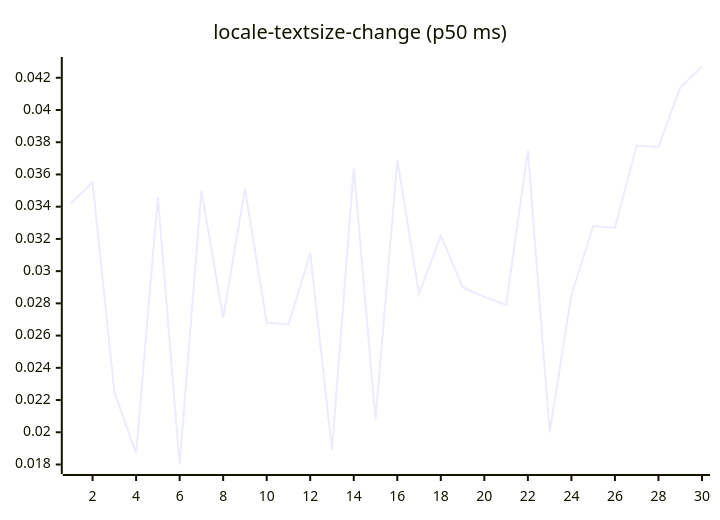
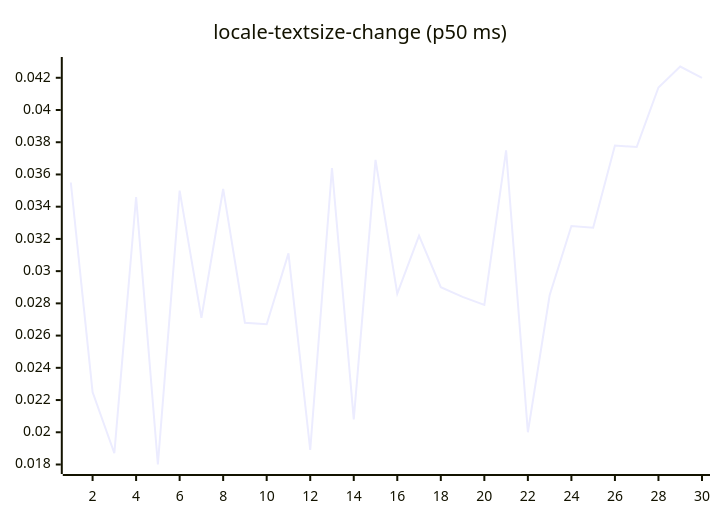
Diagram 13 of 27 in README.md (josha/Facet), drawn with Mermaid before and after one commit. The commit also changed other lines of this file and 2 other files, not shown here.

````diff
--- a/README.md
+++ b/README.md
@@ -147,6 +147,6 @@
 ```mermaid
 xychart-beta
     title "locale-textsize-change (p50 ms)"
     x-axis 1 --> 30
-    line [0.0342, 0.0355, 0.0225, 0.0187, 0.0346, 0.0180, 0.0350, 0.0271, 0.0351, 0.0268, 0.0267, 0.0311, 0.0189, 0.0364, 0.0208, 0.0369, 0.0286, 0.0322, 0.0290, 0.0284, 0.0279, 0.0375, 0.0200, 0.0285, 0.0328, 0.0327, 0.0378, 0.0377, 0.0414, 0.0427]
+    line [0.0355, 0.0225, 0.0187, 0.0346, 0.0180, 0.0350, 0.0271, 0.0351, 0.0268, 0.0267, 0.0311, 0.0189, 0.0364, 0.0208, 0.0369, 0.0286, 0.0322, 0.0290, 0.0284, 0.0279, 0.0375, 0.0200, 0.0285, 0.0328, 0.0327, 0.0378, 0.0377, 0.0414, 0.0427, 0.0420]
 ```
````
